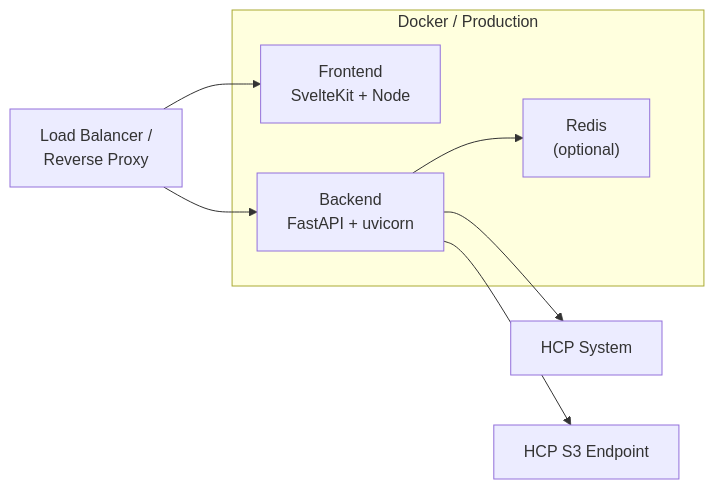
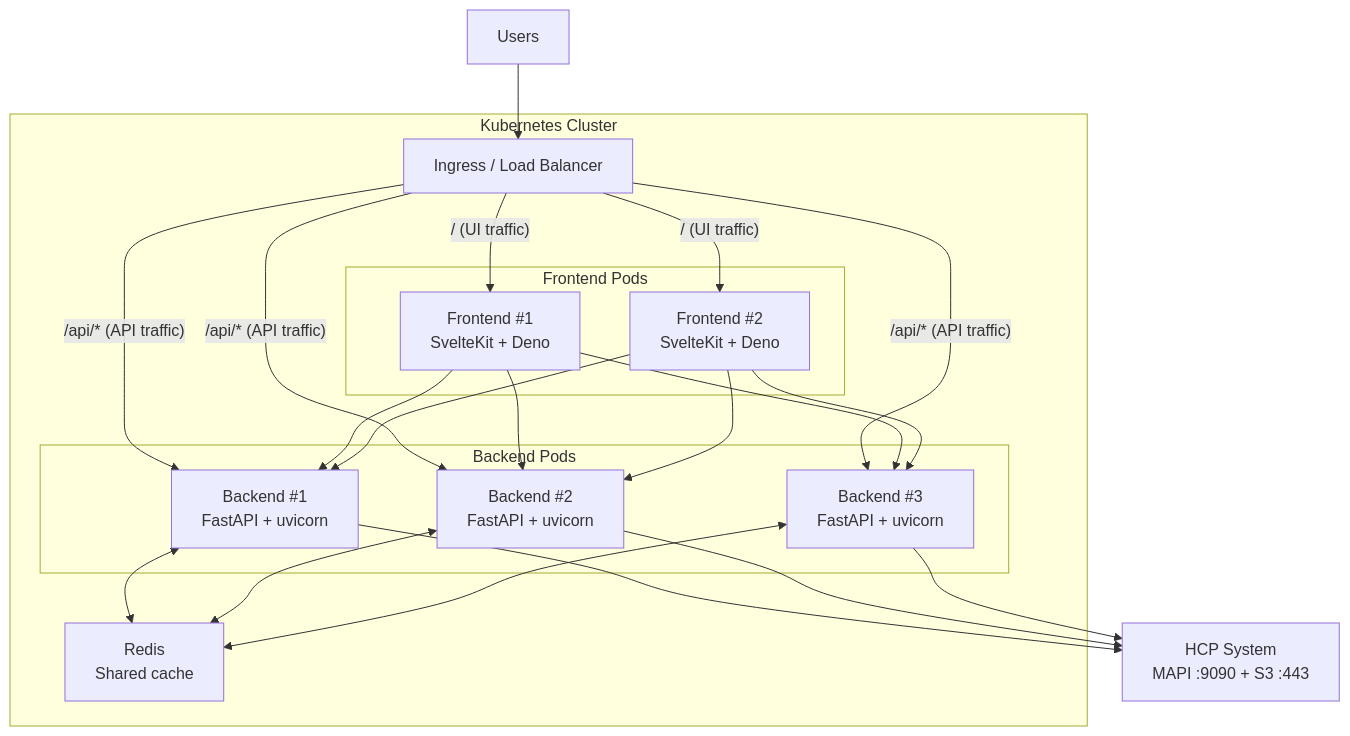
One commit to AI-Riksarkivet/ra-hcp changed the second of 3 diagrams in docs/architecture/deployment.md. Above: the diagram before and after it, drawn with Mermaid. The commit also changed other lines of this file and 1 other file, not shown here.

First line of the commit message:
docs: improve architecture docs with caching, scaling, security, and environment isolation

````diff
--- a/docs/architecture/deployment.md
+++ b/docs/architecture/deployment.md
@@ -94,14 +96,34 @@
 ```mermaid
-graph LR
-    subgraph "Docker / Production"
-        FE2["Frontend<br/>SvelteKit + Node"]
-        BE["Backend<br/>FastAPI + uvicorn"]
-        RD["Redis<br/>(optional)"]
+graph TB
+    USERS["Users"]
+
+    subgraph "Kubernetes Cluster"
+        ING["Ingress / Load Balancer"]
+
+        subgraph "Frontend Pods"
+            FE1["Frontend #1<br/>SvelteKit + Deno"]
+            FE2["Frontend #2<br/>SvelteKit + Deno"]
+        end
+
+        subgraph "Backend Pods"
+            BE1["Backend #1<br/>FastAPI + uvicorn"]
+            BE2["Backend #2<br/>FastAPI + uvicorn"]
+            BE3["Backend #3<br/>FastAPI + uvicorn"]
+        end
+
+        REDIS["Redis<br/>Shared cache"]
     end
 
-    LB["Load Balancer /<br/>Reverse Proxy"] --> FE2
-    LB --> BE
-    BE --> RD
-    BE --> HCP2["HCP System"]
-    BE --> S3E["HCP S3 Endpoint"]
+    HCP["HCP System<br/>MAPI :9090 + S3 :443"]
+
+    USERS --> ING
+    ING -->|"/ (UI traffic)"| FE1
+    ING -->|"/ (UI traffic)"| FE2
+    ING -->|"/api/* (API traffic)"| BE1
+    ING -->|"/api/* (API traffic)"| BE2
+    ING -->|"/api/* (API traffic)"| BE3
+
+    FE1 & FE2 --> BE1 & BE2 & BE3
+    BE1 & BE2 & BE3 <--> REDIS
+    BE1 & BE2 & BE3 --> HCP
 ```
````
